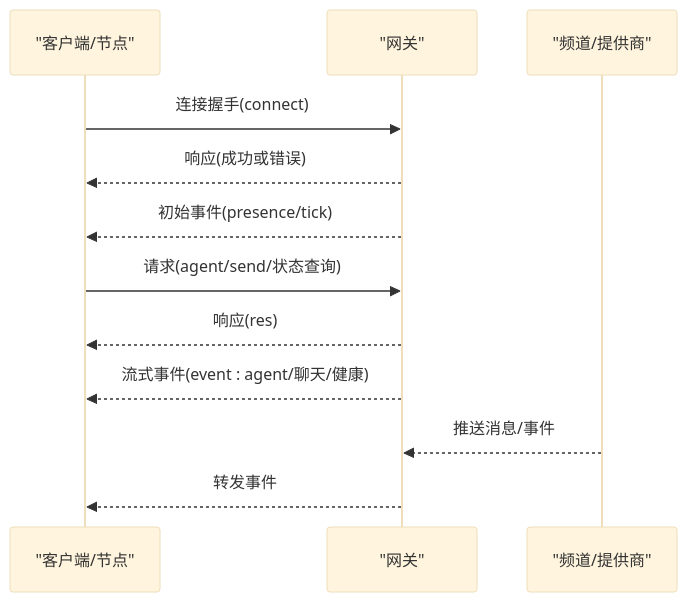
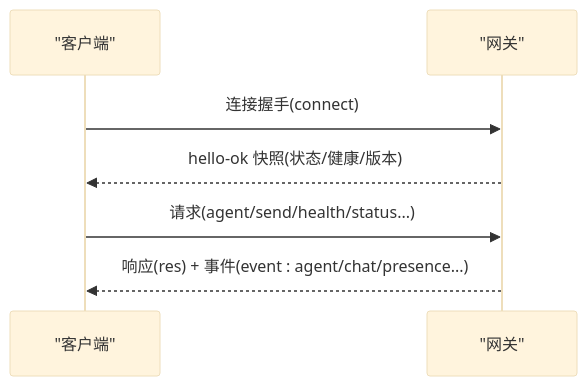
Before and after one commit to botx-work/OpenClaw-Internals: the third of 5 diagrams in repowiki/zh/content/项目概述/项目概述.md, drawn with Mermaid (base theme). The commit also changed other lines of this file and 542 other files, not shown here.

````diff
--- a/repowiki/zh/content/项目概述/项目概述.md
+++ b/repowiki/zh/content/项目概述/项目概述.md
@@ -120,14 +165,9 @@
 ```mermaid
 sequenceDiagram
-participant Client as "客户端/节点"
+participant Client as "客户端"
 participant Gateway as "网关"
-participant Provider as "频道/提供商"
 Client->>Gateway : 连接握手(connect)
-Gateway-->>Client : 响应(成功或错误)
-Gateway-->>Client : 初始事件(presence/tick)
-Client->>Gateway : 请求(agent/send/状态查询)
-Gateway-->>Client : 响应(res)
-Gateway-->>Client : 流式事件(event : agent/聊天/健康)
-Provider-->>Gateway : 推送消息/事件
-Gateway-->>Client : 转发事件
+Gateway-->>Client : hello-ok 快照(状态/健康/版本)
+Client->>Gateway : 请求(agent/send/health/status...)
+Gateway-->>Client : 响应(res) + 事件(event : agent/chat/presence...)
 ```
````
